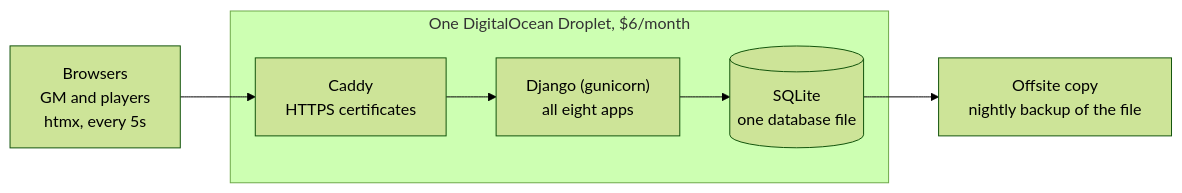
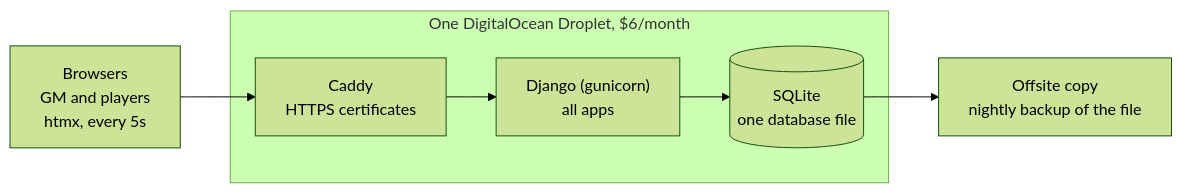
The diagram in README.md (bernvaughn/west-marches-game-tracker-app), drawn with Mermaid (forest theme) before and after one commit. The commit also changed other lines of this file and 1 other file, not shown here.

````diff
--- a/README.md
+++ b/README.md
@@ -175,8 +179,8 @@
 ```mermaid
 flowchart LR
     B["Browsers<br/>GM and players<br/>htmx, every 5s"] --> C
     subgraph D["One DigitalOcean Droplet, $6/month"]
-        C["Caddy<br/>HTTPS certificates"] --> G["Django (gunicorn)<br/>all eight apps"] --> S[("SQLite<br/>one database file")]
+        C["Caddy<br/>HTTPS certificates"] --> G["Django (gunicorn)<br/>all apps"] --> S[("SQLite<br/>one database file")]
     end
     S --> O["Offsite copy<br/>nightly backup of the file"]
 ```
````
